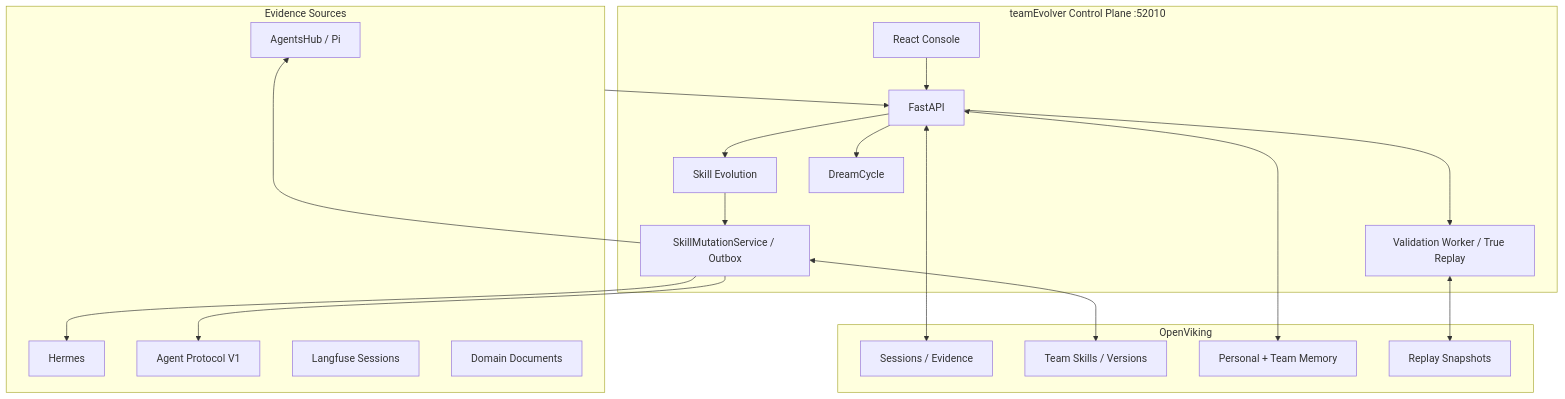
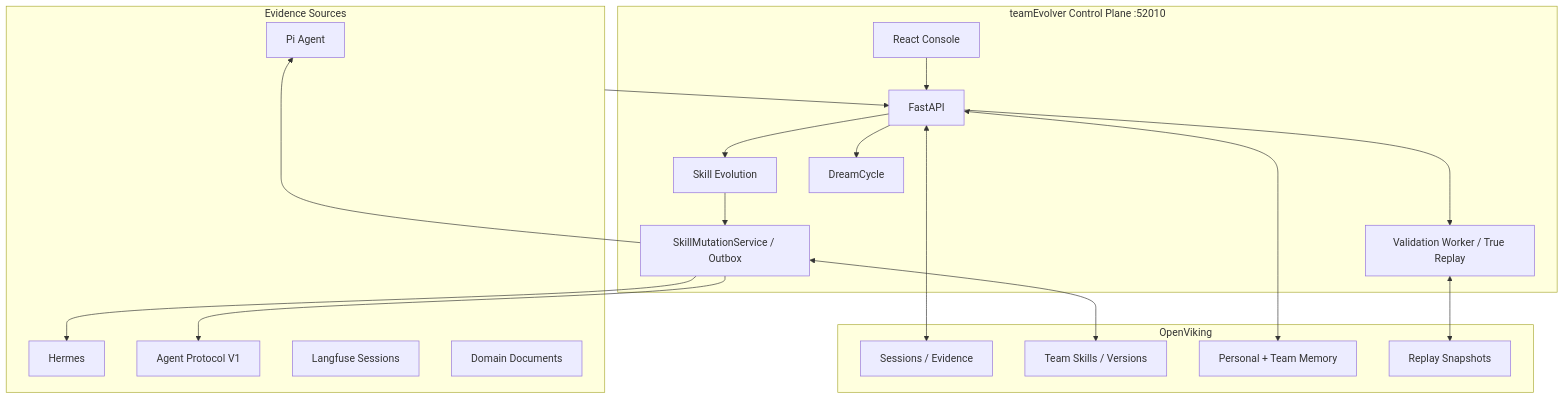
The second of 2 diagrams in README.en.md (leoriczhang/teamEvolver), drawn with Mermaid before and after one commit. The commit also changed other lines of this file and 116 other files, not shown here.

````diff
--- a/README.en.md
+++ b/README.en.md
@@ -87,40 +87,40 @@
 ```mermaid
 flowchart TB
     subgraph Sources["Evidence Sources"]
-        AgentsHub["AgentsHub / Pi"]
+        Pi["Pi Agent"]
         Hermes["Hermes"]
         Generic["Agent Protocol V1"]
         LFIn["Langfuse Sessions"]
         Docs["Domain Documents"]
     end
 
     subgraph Control["teamEvolver Control Plane :52010"]
         Console["React Console"]
         API["FastAPI"]
         Evolution["Skill Evolution"]
         Replay["Validation Worker / True Replay"]
         Memory["DreamCycle"]
         Mutation["SkillMutationService / Outbox"]
     end
 
     subgraph Context["OpenViking"]
         Sessions["Sessions / Evidence"]
         Skills["Team Skills / Versions"]
         Memories["Personal + Team Memory"]
         Snapshots["Replay Snapshots"]
     end
 
     Sources --> API
     Console --> API
     API --> Evolution
     API --> Replay
     API --> Memory
     Evolution --> Mutation
     Mutation <--> Skills
     API <--> Sessions
     API <--> Memories
     Replay <--> Snapshots
-    Mutation --> AgentsHub
+    Mutation --> Pi
     Mutation --> Hermes
     Mutation --> Generic
 ```
````
